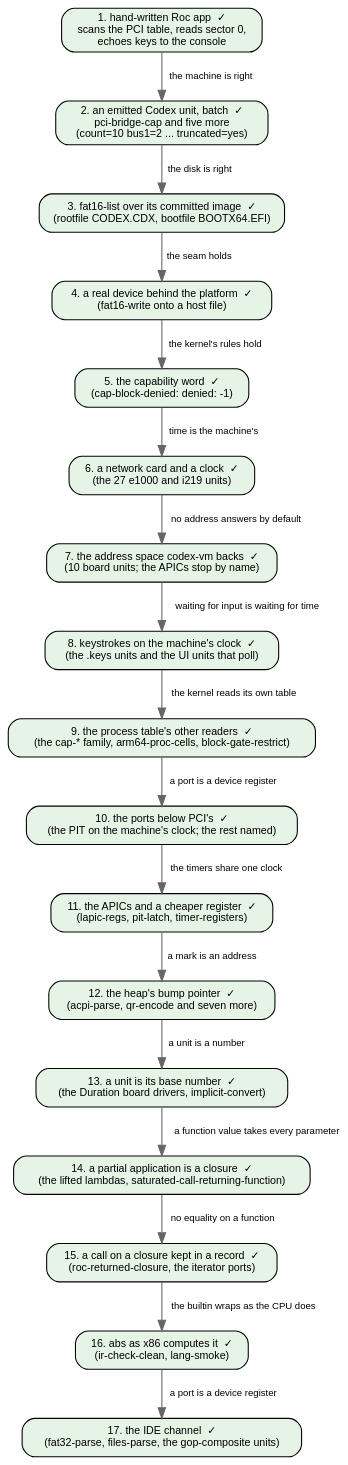
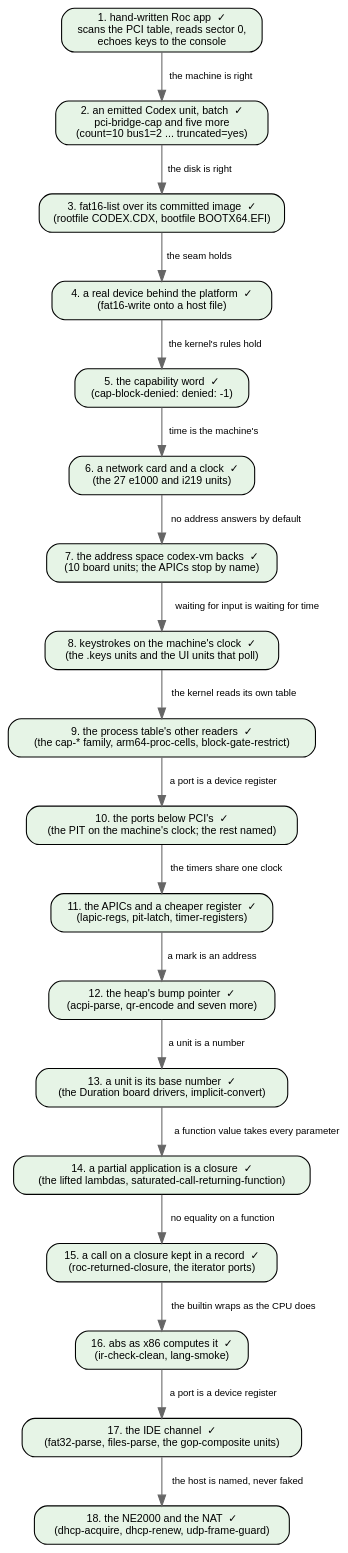
One commit to showell/essay-repl-server changed diagram 11 of 11 in notes/roc-machine-emulator.md. Above: the diagram before and after it, drawn with Graphviz. The commit also changed other lines of this file, not shown here.

First line of the commit message:
roc-machine-emulator: step 18, the NE2000 and the NAT behind it

````diff
--- a/notes/roc-machine-emulator.md
+++ b/notes/roc-machine-emulator.md
@@ -1000,41 +1038,43 @@
 ```dot
 digraph demo {
   rankdir=TB; bgcolor="transparent";
   node [shape=box style="rounded,filled" fontname="Helvetica" fontsize=10 fillcolor="#ffffff"];
   edge [fontname="Helvetica" fontsize=9 color="#666666"];
 
   a [label="1. hand-written Roc app  ✓\nscans the PCI table, reads sector 0,\nechoes keys to the console" fillcolor="#e6f4e6"];
   b [label="2. an emitted Codex unit, batch  ✓\npci-bridge-cap and five more\n(count=10 bus1=2 ... truncated=yes)" fillcolor="#e6f4e6"];
   c [label="3. fat16-list over its committed image  ✓\n(rootfile CODEX.CDX, bootfile BOOTX64.EFI)" fillcolor="#e6f4e6"];
   d [label="4. a real device behind the platform  ✓\n(fat16-write onto a host file)" fillcolor="#e6f4e6"];
   e [label="5. the capability word  ✓\n(cap-block-denied: denied: -1)" fillcolor="#e6f4e6"];
   f [label="6. a network card and a clock  ✓\n(the 27 e1000 and i219 units)" fillcolor="#e6f4e6"];
   g [label="7. the address space codex-vm backs  ✓\n(10 board units; the APICs stop by name)" fillcolor="#e6f4e6"];
   h [label="8. keystrokes on the machine's clock  ✓\n(the .keys units and the UI units that poll)" fillcolor="#e6f4e6"];
   i [label="9. the process table's other readers  ✓\n(the cap-* family, arm64-proc-cells, block-gate-restrict)" fillcolor="#e6f4e6"];
   j [label="10. the ports below PCI's  ✓\n(the PIT on the machine's clock; the rest named)" fillcolor="#e6f4e6"];
   k [label="11. the APICs and a cheaper register  ✓\n(lapic-regs, pit-latch, timer-registers)" fillcolor="#e6f4e6"];
   l [label="12. the heap's bump pointer  ✓\n(acpi-parse, qr-encode and seven more)" fillcolor="#e6f4e6"];
   m [label="13. a unit is its base number  ✓\n(the Duration board drivers, implicit-convert)" fillcolor="#e6f4e6"];
   n [label="14. a partial application is a closure  ✓\n(the lifted lambdas, saturated-call-returning-function)" fillcolor="#e6f4e6"];
   o [label="15. a call on a closure kept in a record  ✓\n(roc-returned-closure, the iterator ports)" fillcolor="#e6f4e6"];
   p [label="16. abs as x86 computes it  ✓\n(ir-check-clean, lang-smoke)" fillcolor="#e6f4e6"];
   q [label="17. the IDE channel  ✓\n(fat32-parse, files-parse, the gop-composite units)" fillcolor="#e6f4e6"];
+  r [label="18. the NE2000 and the NAT  ✓\n(dhcp-acquire, dhcp-renew, udp-frame-guard)" fillcolor="#e6f4e6"];
   a -> b [label="the machine is right"];
   b -> c [label="the disk is right"];
   c -> d [label="the seam holds"];
   d -> e [label="the kernel's rules hold"];
   e -> f [label="time is the machine's"];
   f -> g [label="no address answers by default"];
   g -> h [label="waiting for input is waiting for time"];
   h -> i [label="the kernel reads its own table"];
   i -> j [label="a port is a device register"];
   j -> k [label="the timers share one clock"];
   k -> l [label="a mark is an address"];
   l -> m [label="a unit is a number"];
   m -> n [label="a function value takes every parameter"];
   n -> o [label="no equality on a function"];
   o -> p [label="the builtin wraps as the CPU does"];
   p -> q [label="a port is a device register"];
+  q -> r [label="the host is named, never faked"];
 }
 ```
````
